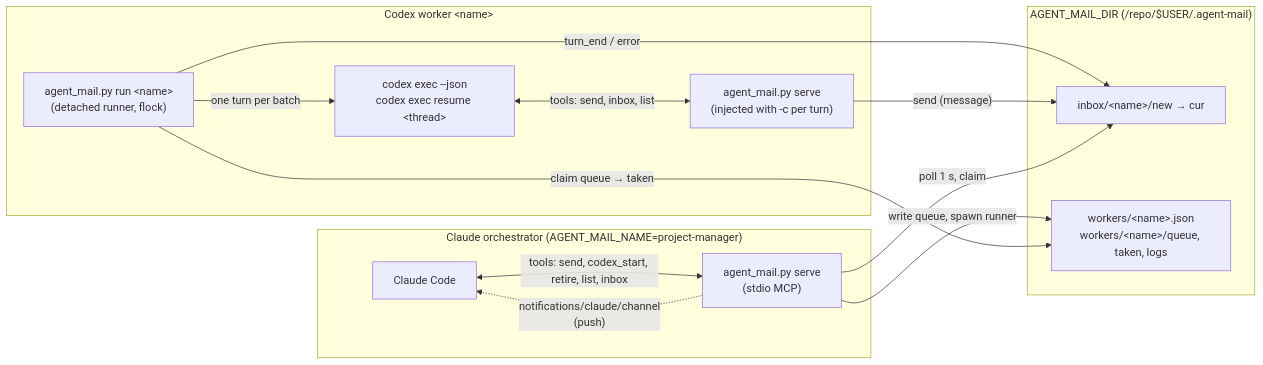
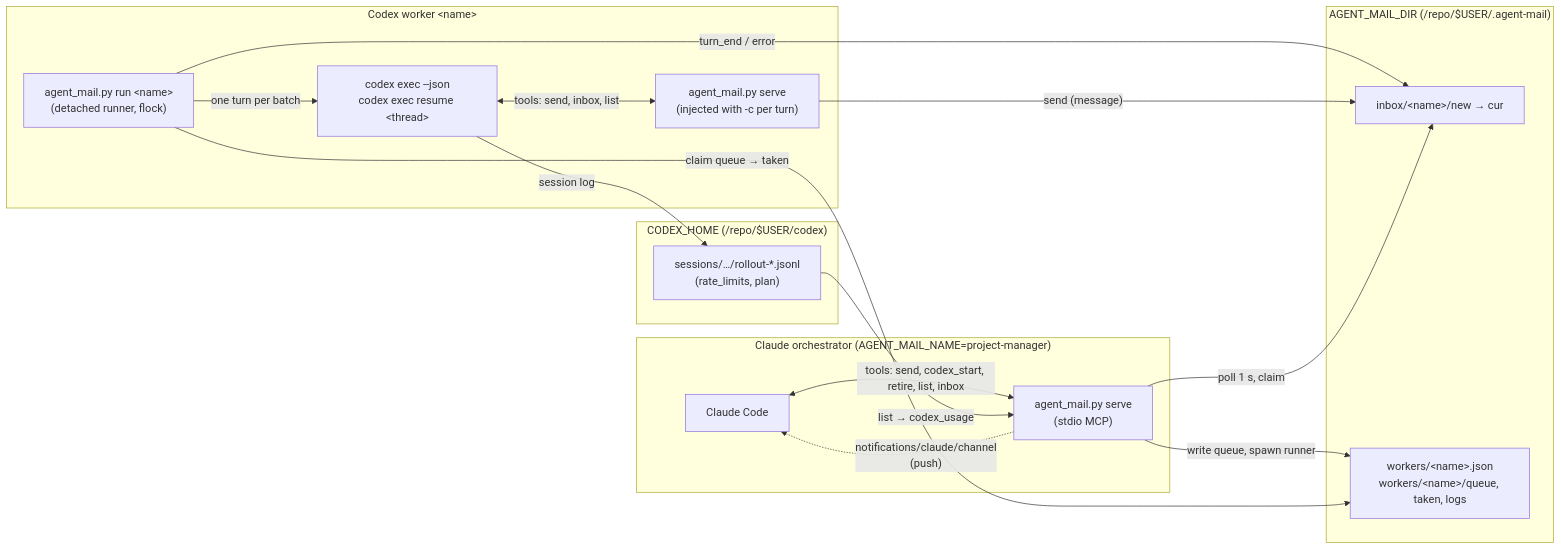
One commit to Berkay2002/claude-config changed the first of 4 diagrams in agent-mail/ARCHITECTURE.md. Above: the diagram before and after it, drawn with Mermaid. The commit also changed other lines of this file, not shown here.

Commit message:
agent-mail: architecture covers Codex quota, when to pick a Codex worker and the retire races

````diff
--- a/agent-mail/ARCHITECTURE.md
+++ b/agent-mail/ARCHITECTURE.md
@@ -12,28 +12,34 @@
 ```mermaid
 flowchart LR
     subgraph Claude["Claude orchestrator (AGENT_MAIL_NAME=project-manager)"]
         C[Claude Code]
         S1["agent_mail.py serve<br/>(stdio MCP)"]
         C <-->|"tools: send, codex_start, retire, list, inbox"| S1
         S1 -.->|"notifications/claude/channel<br/>(push)"| C
     end
 
     subgraph Mail["AGENT_MAIL_DIR (/repo/$USER/.agent-mail)"]
         IB["inbox/&lt;name&gt;/new → cur"]
         WR["workers/&lt;name&gt;.json<br/>workers/&lt;name&gt;/queue, taken, logs"]
     end
 
     subgraph Worker["Codex worker &lt;name&gt;"]
         R["agent_mail.py run &lt;name&gt;<br/>(detached runner, flock)"]
         X["codex exec --json<br/>codex exec resume &lt;thread&gt;"]
         S2["agent_mail.py serve<br/>(injected with -c per turn)"]
         R -->|"one turn per batch"| X
         X <-->|"tools: send, inbox, list"| S2
     end
 
+    subgraph CH["CODEX_HOME (/repo/$USER/codex)"]
+        SL["sessions/…/rollout-*.jsonl<br/>(rate_limits, plan)"]
+    end
+    X -->|"session log"| SL
+    SL -->|"list → codex_usage"| S1
+
     S1 -->|"write queue, spawn runner"| WR
     R -->|"claim queue → taken"| WR
     R -->|"turn_end / error"| IB
     S2 -->|"send (message)"| IB
     S1 -->|"poll 1 s, claim"| IB
 ```
````
